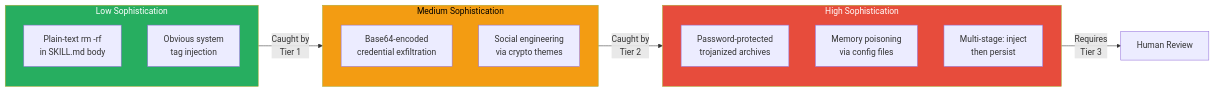
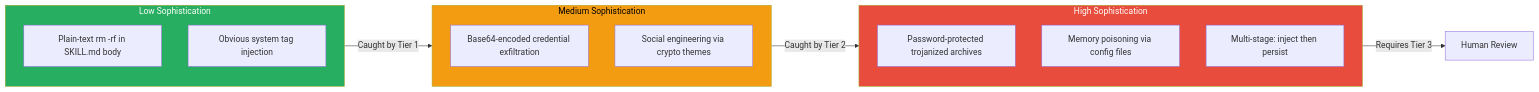
The third of 4 diagrams in docs-site/docs/skills/verified/skills-ecosystem-security.md (anton-abyzov/specweave), drawn with Mermaid before and after one commit. The commit also changed other lines of this file and 105 other files, not shown here.

Commit message:
Reorganize site content, add scroll sequences and tutorial guides

````diff
--- a/docs-site/docs/skills/verified/skills-ecosystem-security.md
+++ b/docs-site/docs/skills/verified/skills-ecosystem-security.md
@@ -267,26 +267,26 @@
 ```mermaid
 graph LR
     subgraph Low["Low Sophistication"]
-        L1["Plain-text rm -rf<br/>in SKILL.md body"]
-        L2["Obvious system<br/>tag injection"]
+        L1["Plain-text rm -rf in SKILL.md body"]
+        L2["Obvious system tag injection"]
     end
 
     subgraph Medium["Medium Sophistication"]
-        M1["Base64-encoded<br/>credential exfiltration"]
-        M2["Social engineering<br/>via crypto themes"]
+        M1["Base64-encoded credential exfiltration"]
+        M2["Social engineering via crypto themes"]
     end
 
     subgraph High["High Sophistication"]
-        H1["Password-protected<br/>trojanized archives"]
-        H2["Memory poisoning<br/>via config files"]
-        H3["Multi-stage: inject<br/>then persist"]
+        H1["Password-protected trojanized archives"]
+        H2["Memory poisoning via config files"]
+        H3["Multi-stage: inject then persist"]
     end
 
-    Low -->|"Caught by<br/>Tier 1"| Medium
-    Medium -->|"Caught by<br/>Tier 2"| High
-    High -->|"Requires<br/>Tier 3"| Review["Human Review"]
+    Low -->|"Caught by Tier 1"| Medium
+    Medium -->|"Caught by Tier 2"| High
+    High -->|"Requires Tier 3"| Review["Human Review"]
 
     style Low fill:#27ae60,color:#fff
     style Medium fill:#f39c12,color:#000
     style High fill:#e74c3c,color:#fff
 ```
````
